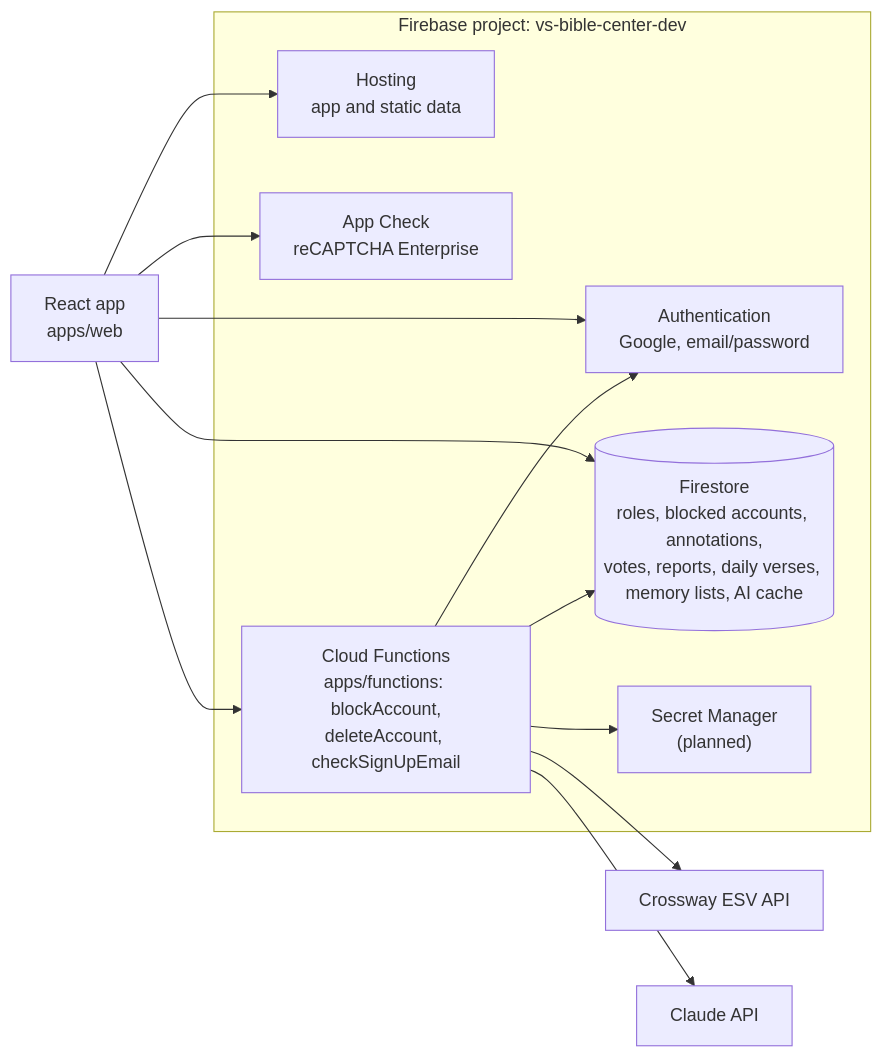
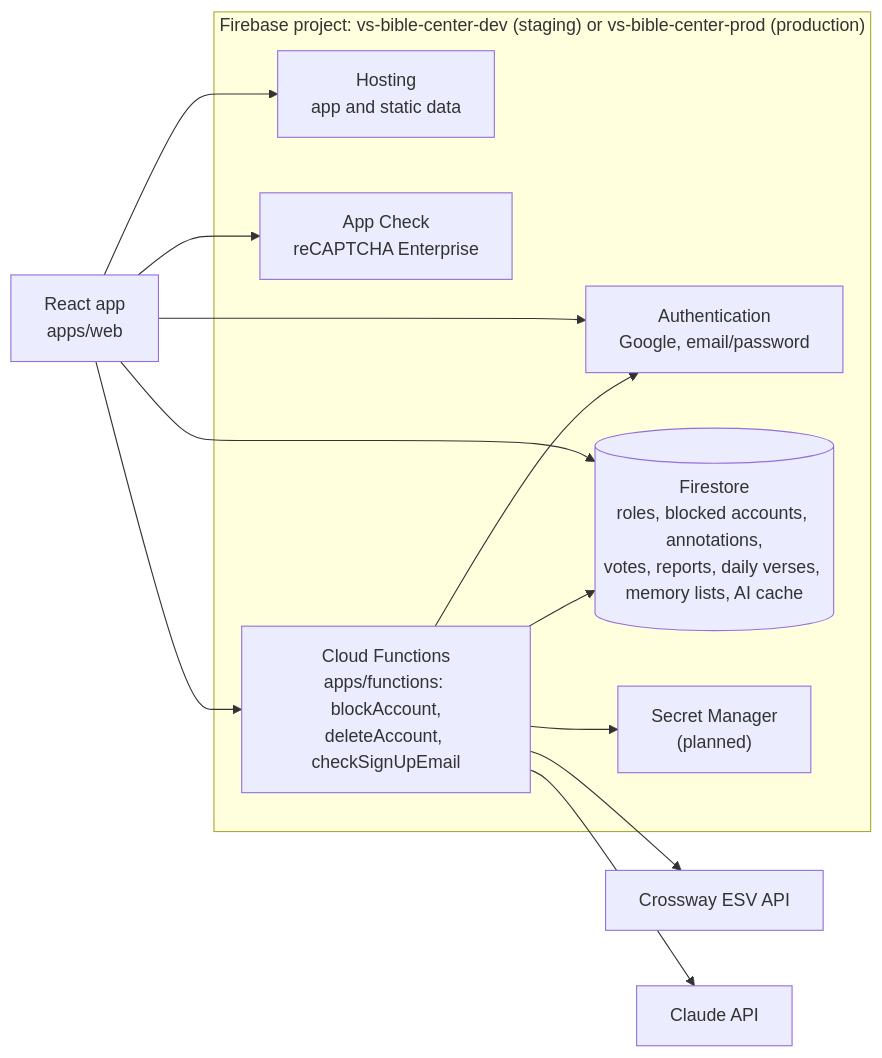
One commit to Valiance-Studios/bible-center changed the first of 25 diagrams in ARCHITECTURE.md. Above: the diagram before and after it, drawn with Mermaid. The commit also changed other lines of this file and 20 other files, not shown here.

````diff
--- a/ARCHITECTURE.md
+++ b/ARCHITECTURE.md
@@ -162,27 +164,27 @@
 ```mermaid
 flowchart LR
   browser["React app<br/>apps/web"]
 
-  subgraph firebase["Firebase project: vs-bible-center-dev"]
+  subgraph firebase["Firebase project: vs-bible-center-dev (staging) or vs-bible-center-prod (production)"]
     hosting["Hosting<br/>app and static data"]
     auth["Authentication<br/>Google, email/password"]
     firestore[("Firestore<br/>roles, blocked accounts, annotations,<br/>votes, reports, daily verses, memory lists, AI cache")]
     appcheck["App Check<br/>reCAPTCHA Enterprise"]
     functions["Cloud Functions<br/>apps/functions: blockAccount,<br/>deleteAccount, checkSignUpEmail"]
     secrets["Secret Manager<br/>(planned)"]
   end
 
   esv["Crossway ESV API"]
   claude["Claude API"]
 
   browser --> hosting
   browser --> auth
   browser --> firestore
   browser --> appcheck
   browser --> functions
   functions --> secrets
   functions --> firestore
   functions --> auth
   functions --> esv
   functions --> claude
 ```
````
